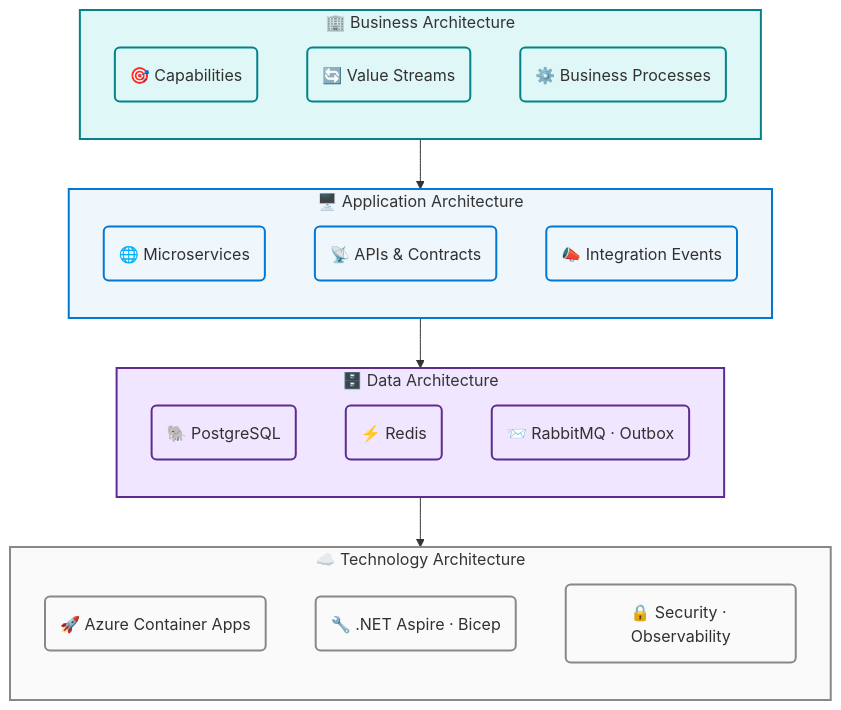
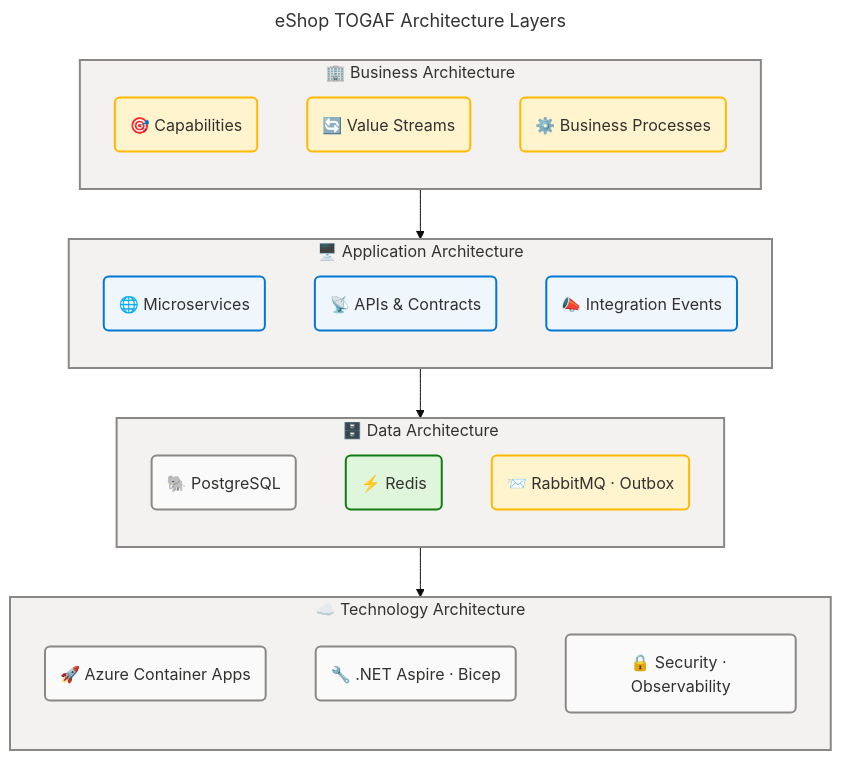
The diagram in docs/architecture/README.md (Evilazaro/eShop), drawn with Mermaid before and after one commit. The commit also changed 1 other file, not shown here.

Commit message:
refactor: enhance flowchart styles and configurations for improved clarity and consistency

````diff
--- a/docs/architecture/README.md
+++ b/docs/architecture/README.md
@@ -16,61 +16,72 @@
 ```mermaid
+---
+title: eShop TOGAF Architecture Layers
+config:
+  theme: base
+  look: classic
+  layout: dagre
+  themeVariables:
+    fontSize: '16px'
+  flowchart:
+    htmlLabels: true
+---
 flowchart TB
     accTitle: eShop TOGAF Architecture Layers
     accDescr: WCAG AA compliant layered architecture diagram showing the four TOGAF layers of the eShop platform stacked top-to-bottom — Business, Application, Data, and Technology — with directional arrows indicating dependency flow.
 
     %% ═══════════════════════════════════════════════════════════════════════════
     %% AZURE / FLUENT ARCHITECTURE PATTERN v2.0
     %% (Semantic + Structural + Font + Accessibility Governance)
     %% ═══════════════════════════════════════════════════════════════════════════
     %% PHASE 1 - FLUENT UI: All styling uses approved Fluent UI palette only
     %% PHASE 2 - GROUPS: Every subgraph has semantic color via style directive
     %% PHASE 3 - COMPONENTS: Every node has semantic classDef + icon prefix
     %% PHASE 4 - ACCESSIBILITY: accTitle/accDescr present, WCAG AA contrast
     %% PHASE 5 - STANDARD: Governance block present, classDefs centralized
     %% ═══════════════════════════════════════════════════════════════════════════
 
     subgraph BIZ["🏢 Business Architecture"]
         direction TB
-        B1("🎯 Capabilities"):::external
-        B2("🔄 Value Streams"):::external
-        B3("⚙️ Business Processes"):::external
+        B1("🎯 Capabilities"):::warning
+        B2("🔄 Value Streams"):::warning
+        B3("⚙️ Business Processes"):::warning
     end
 
     subgraph APP["🖥️ Application Architecture"]
         direction TB
         A1("🌐 Microservices"):::core
         A2("📡 APIs & Contracts"):::core
         A3("📣 Integration Events"):::core
     end
 
     subgraph DAT["🗄️ Data Architecture"]
         direction TB
-        D1("🐘 PostgreSQL"):::data
-        D2("⚡ Redis"):::data
-        D3("📨 RabbitMQ · Outbox"):::data
+        D1("🐘 PostgreSQL"):::neutral
+        D2("⚡ Redis"):::success
+        D3("📨 RabbitMQ · Outbox"):::warning
     end
 
     subgraph TECH["☁️ Technology Architecture"]
         direction TB
         T1("🚀 Azure Container Apps"):::neutral
         T2("🔧 .NET Aspire · Bicep"):::neutral
         T3("🔒 Security · Observability"):::neutral
     end
 
     BIZ --> APP
     APP --> DAT
     DAT --> TECH
 
-    style BIZ  fill:#E0F7F7,stroke:#038387,stroke-width:2px
-    style APP  fill:#EFF6FC,stroke:#0078D4,stroke-width:2px
-    style DAT  fill:#F0E6FF,stroke:#5C2D91,stroke-width:2px
-    style TECH fill:#FAFAFA,stroke:#8A8886,stroke-width:2px
-
+    %% Centralized classDefs (AZURE/FLUENT v1.1)
     classDef neutral  fill:#FAFAFA,stroke:#8A8886,stroke-width:2px,color:#323130
     classDef core     fill:#EFF6FC,stroke:#0078D4,stroke-width:2px,color:#323130
     classDef success  fill:#DFF6DD,stroke:#107C10,stroke-width:2px,color:#323130
     classDef warning  fill:#FFF4CE,stroke:#FFB900,stroke-width:2px,color:#323130
     classDef danger   fill:#FDE7E9,stroke:#D13438,stroke-width:2px,color:#323130
-    classDef data     fill:#F0E6FF,stroke:#5C2D91,stroke-width:2px,color:#323130
-    classDef external fill:#E0F7F7,stroke:#038387,stroke-width:2px,color:#323130
+
+    %% Subgraph style directives (style only — never class on subgraph)
+    style BIZ  fill:#F3F2F1,stroke:#8A8886,stroke-width:2px,color:#323130
+    style APP  fill:#F3F2F1,stroke:#8A8886,stroke-width:2px,color:#323130
+    style DAT  fill:#F3F2F1,stroke:#8A8886,stroke-width:2px,color:#323130
+    style TECH fill:#F3F2F1,stroke:#8A8886,stroke-width:2px,color:#323130
 ```
````
